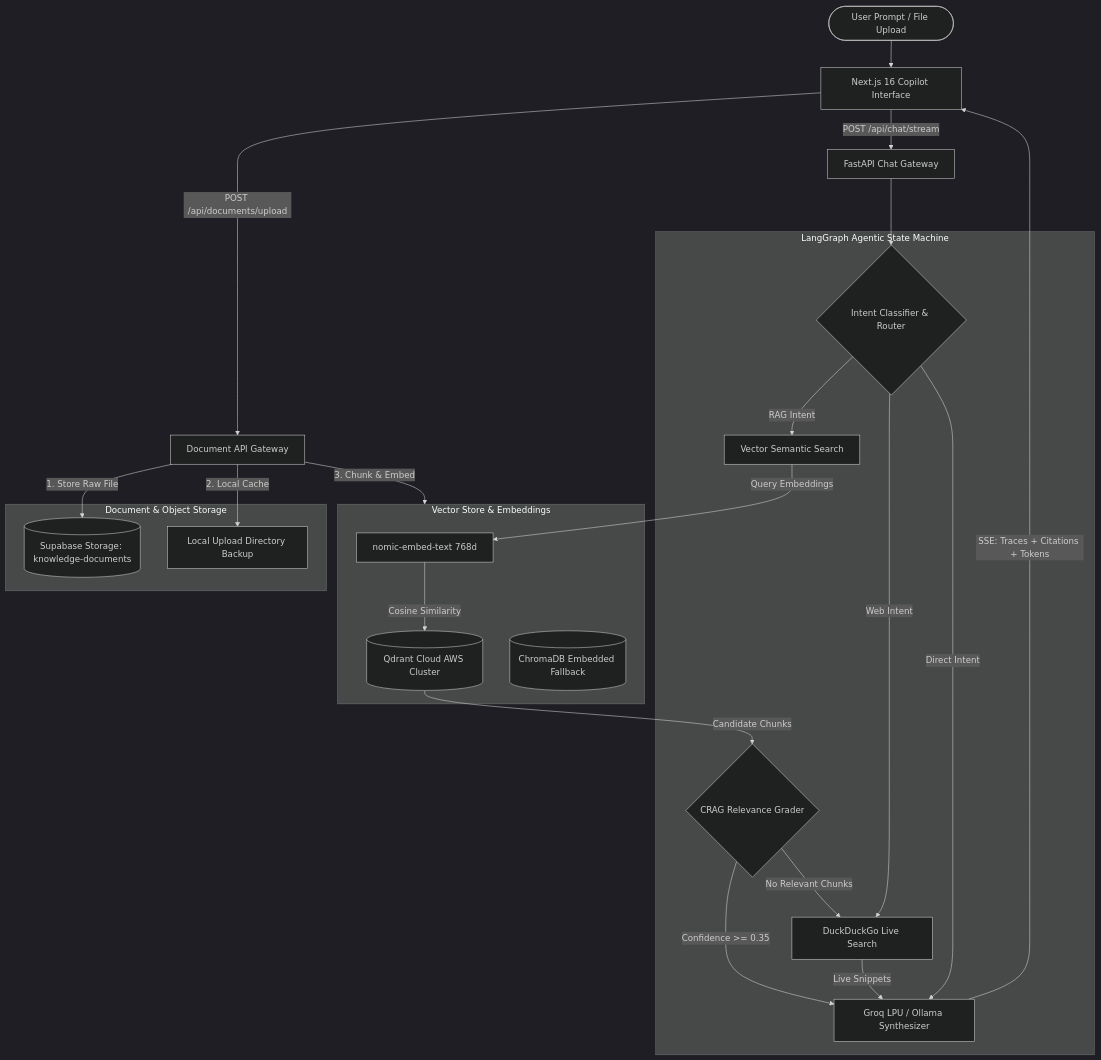
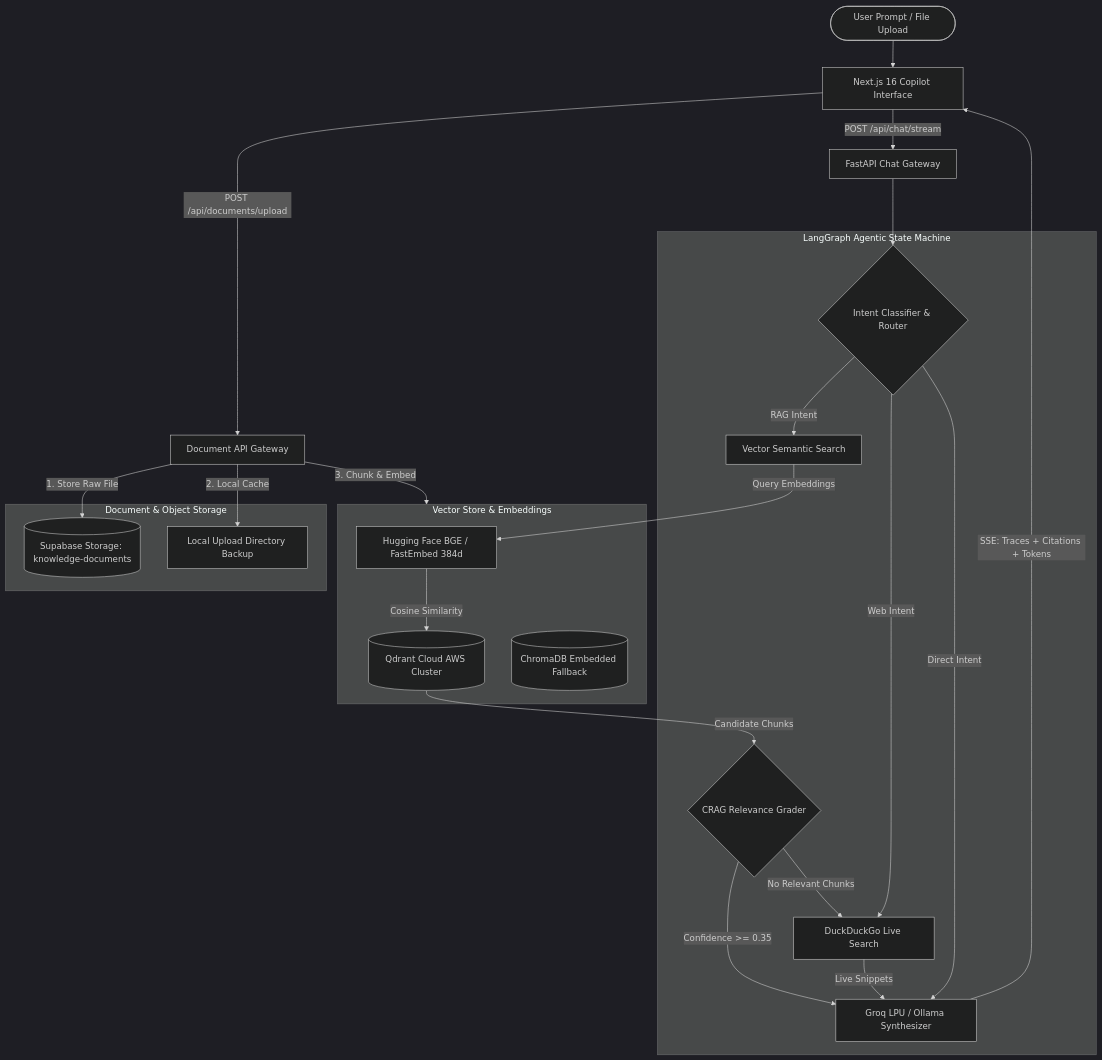
Before and after one commit to zakirali05/Enterprise_Agentic_RAG_ChatBot: the diagram in README.md, drawn with Mermaid (dark theme). The commit also changed other lines of this file and 17 other files, not shown here.

Commit message:
feat: implement Hugging Face embeddings with HUGGINGFACE_API_KEY, update README, and dynamic frontend model display

````diff
--- a/README.md
+++ b/README.md
@@ -34,44 +34,44 @@
 ```mermaid
 flowchart TD
     User([User Prompt / File Upload]) --> Frontend[Next.js 16 Copilot Interface]
     Frontend -->|POST /api/documents/upload| DocRoute[Document API Gateway]
     Frontend -->|POST /api/chat/stream| ChatRoute[FastAPI Chat Gateway]
     
     subgraph Storage ["Document & Object Storage"]
         Supabase[(Supabase Storage: knowledge-documents)]
         DiskBackup[Local Upload Directory Backup]
     end
 
     DocRoute -->|1. Store Raw File| Supabase
     DocRoute -->|2. Local Cache| DiskBackup
     DocRoute -->|3. Chunk & Embed| VectorEngine
 
     subgraph VectorEngine ["Vector Store & Embeddings"]
-        Embedder[nomic-embed-text 768d]
+        Embedder[Hugging Face BGE / FastEmbed 384d]
         Qdrant[(Qdrant Cloud AWS Cluster)]
         Chroma[(ChromaDB Embedded Fallback)]
     end
 
     subgraph LangGraph ["LangGraph Agentic State Machine"]
         Router{Intent Classifier & Router}
         Retriever[Vector Semantic Search]
         Grader{CRAG Relevance Grader}
         WebSearch[DuckDuckGo Live Search]
         Synthesizer[Groq LPU / Ollama Synthesizer]
     end
 
     ChatRoute --> Router
     Router -->|RAG Intent| Retriever
     Router -->|Web Intent| WebSearch
     Router -->|Direct Intent| Synthesizer
 
     Retriever -->|Query Embeddings| Embedder
     Embedder -->|Cosine Similarity| Qdrant
     Qdrant -->|Candidate Chunks| Grader
 
     Grader -->|Confidence >= 0.35| Synthesizer
     Grader -->|No Relevant Chunks| WebSearch
     WebSearch -->|Live Snippets| Synthesizer
 
     Synthesizer -->|SSE: Traces + Citations + Tokens| Frontend
 ```
````
